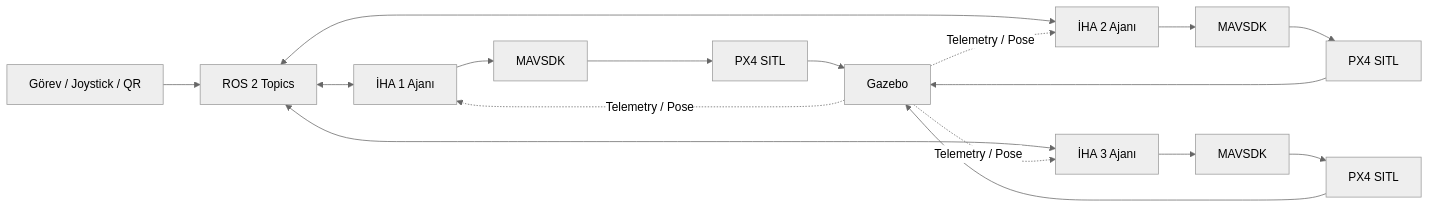
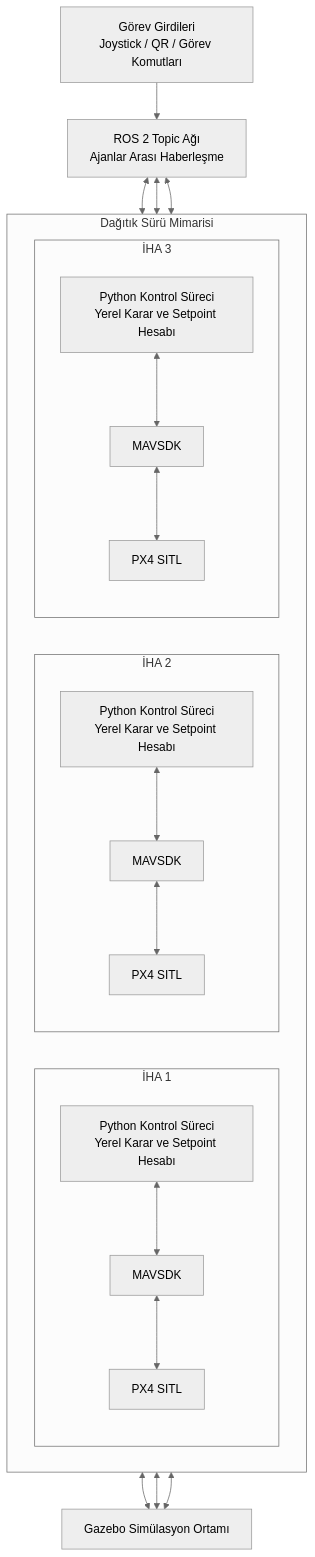
The diagram in README.md (tuanaakyazi/distributed-swarm-uav-simulation), drawn with Mermaid (neutral theme) before and after one commit.

Commit message:
Revise flowchart in README

````diff
--- a/README.md
+++ b/README.md
@@ -31,42 +31,52 @@
 ```mermaid
-flowchart LR
-    IN[Görev / Joystick / QR]
+flowchart TB
 
-    ROS[ROS 2 Topics]
+    INPUT[Görev Girdileri<br/>Joystick / QR / Görev Komutları]
+    ROS[ROS 2 Topic Ağı<br/>Ajanlar Arası Haberleşme]
 
-    A1[İHA 1 Ajanı]
-    A2[İHA 2 Ajanı]
-    A3[İHA 3 Ajanı]
+    INPUT --> ROS
 
-    M1[MAVSDK]
-    M2[MAVSDK]
-    M3[MAVSDK]
+    subgraph SWARM["Dağıtık Sürü Mimarisi"]
+        direction LR
 
-    P1[PX4 SITL]
-    P2[PX4 SITL]
-    P3[PX4 SITL]
+        subgraph D1["İHA 1"]
+            direction TB
+            A1[Python Kontrol Süreci<br/>Yerel Karar ve Setpoint Hesabı]
+            M1[MAVSDK]
+            P1[PX4 SITL]
 
-    GZ[Gazebo]
+            A1 <--> M1
+            M1 <--> P1
+        end
 
-    IN --> ROS
+        subgraph D2["İHA 2"]
+            direction TB
+            A2[Python Kontrol Süreci<br/>Yerel Karar ve Setpoint Hesabı]
+            M2[MAVSDK]
+            P2[PX4 SITL]
+
+            A2 <--> M2
+            M2 <--> P2
+        end
+
+        subgraph D3["İHA 3"]
+            direction TB
+            A3[Python Kontrol Süreci<br/>Yerel Karar ve Setpoint Hesabı]
+            M3[MAVSDK]
+            P3[PX4 SITL]
+
+            A3 <--> M3
+            M3 <--> P3
+        end
+    end
 
     ROS <--> A1
     ROS <--> A2
     ROS <--> A3
 
-    A1 --> M1
-    A2 --> M2
-    A3 --> M3
+    GZ[Gazebo Simülasyon Ortamı]
 
-    M1 --> P1
-    M2 --> P2
-    M3 --> P3
-
-    P1 --> GZ
-    P2 --> GZ
-    P3 --> GZ
-
-    GZ -. Telemetry / Pose .-> A1
-    GZ -. Telemetry / Pose .-> A2
-    GZ -. Telemetry / Pose .-> A3
+    P1 <--> GZ
+    P2 <--> GZ
+    P3 <--> GZ
 ```
````
